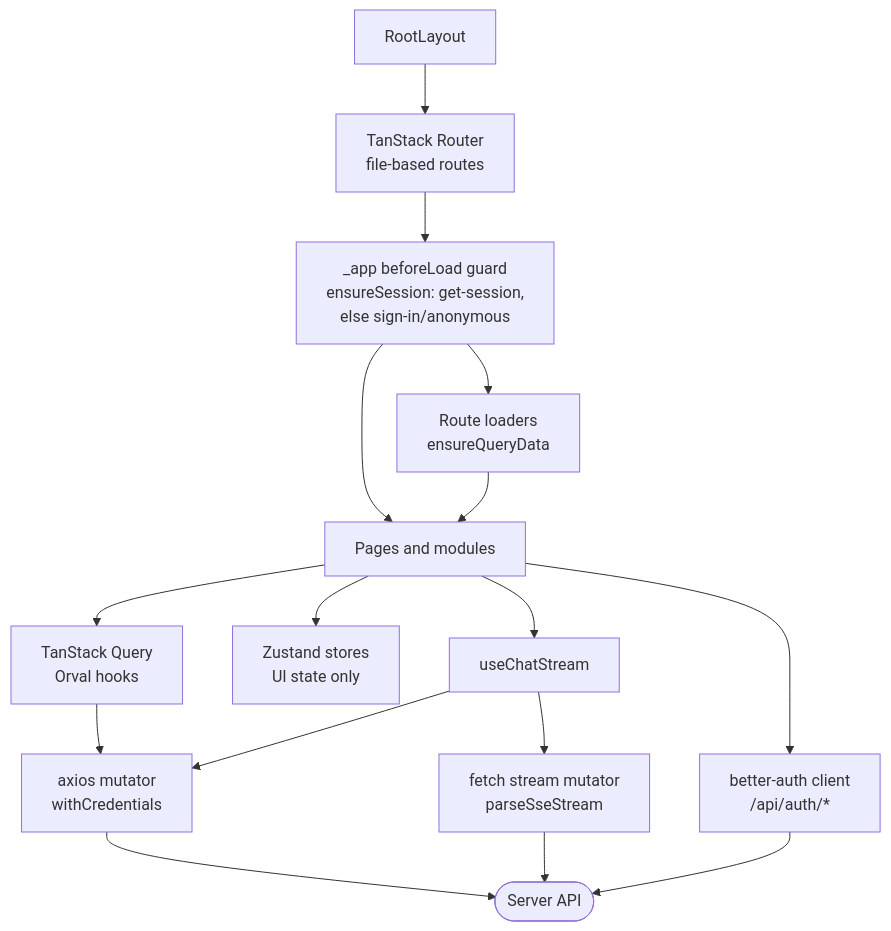
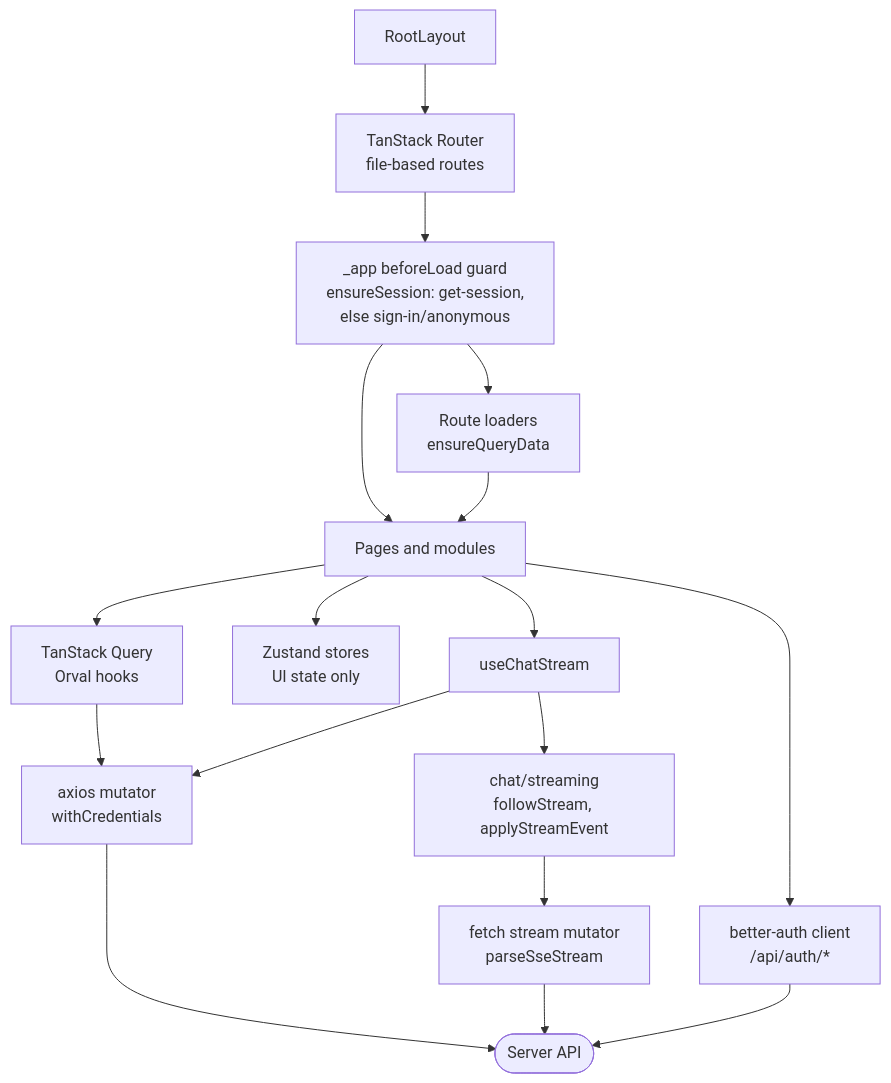
The eighth of 9 diagrams in docs/architecture.md (itsDaiton/nebula-chat), drawn with Mermaid before and after one commit. The commit also changed 5 other files, not shown here.

````diff
--- a/docs/architecture.md
+++ b/docs/architecture.md
@@ -427,18 +427,19 @@
 ```mermaid
 flowchart TD
   root["RootLayout"] --> router["TanStack Router<br/>file-based routes"]
   router --> guard["_app beforeLoad guard<br/>ensureSession: get-session,<br/>else sign-in/anonymous"]
   guard --> loader["Route loaders<br/>ensureQueryData"]
   guard --> pages[Pages and modules]
   loader --> pages
   pages --> query["TanStack Query<br/>Orval hooks"]
   pages --> stores["Zustand stores<br/>UI state only"]
   pages --> authc["better-auth client<br/>/api/auth/*"]
   pages --> chat["useChatStream"]
   query --> axios["axios mutator<br/>withCredentials"]
   chat --> axios
-  chat --> fetch["fetch stream mutator<br/>parseSseStream"]
+  chat --> streaming["chat/streaming<br/>followStream, applyStreamEvent"]
+  streaming --> fetch["fetch stream mutator<br/>parseSseStream"]
   axios --> api([Server API])
   fetch --> api
   authc --> api
 ```
````
